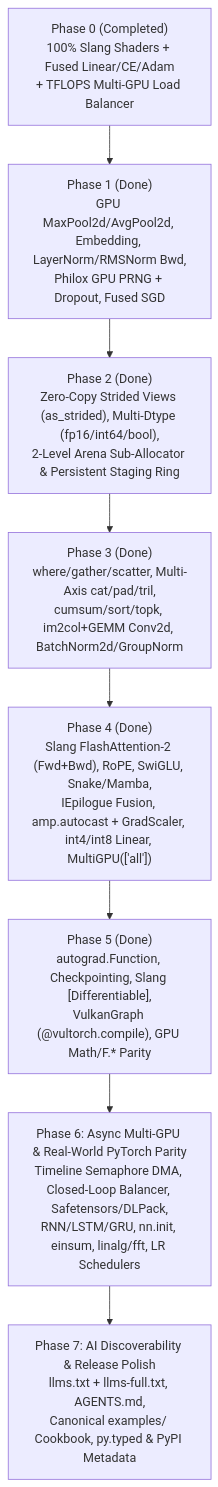
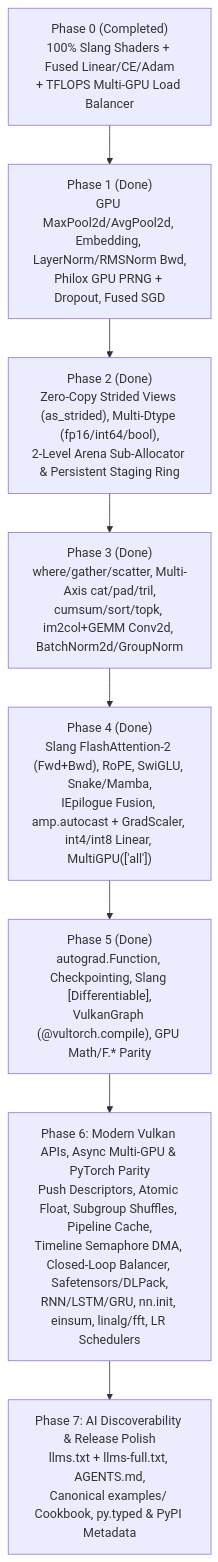
The diagram in IMPLEMENTATION.md (vinaybhargav/VulTorch), drawn with Mermaid before and after one commit. The commit also changed other lines of this file, not shown here.

Commit message:
docs: add Phase 6.0 modern Vulkan performance APIs to IMPLEMENTATION.md

````diff
--- a/IMPLEMENTATION.md
+++ b/IMPLEMENTATION.md
@@ -458,13 +486,13 @@
 ```mermaid
 flowchart TD
     P0["Phase 0 (Completed)<br/>100% Slang Shaders + Fused Linear/CE/Adam<br/>+ TFLOPS Multi-GPU Load Balancer"]
     P1["Phase 1 (Done)<br/>GPU MaxPool2d/AvgPool2d, Embedding, LayerNorm/RMSNorm Bwd,<br/>Philox GPU PRNG + Dropout, Fused SGD"]
     P2["Phase 2 (Done)<br/>Zero-Copy Strided Views (as_strided), Multi-Dtype (fp16/int64/bool),<br/>2-Level Arena Sub-Allocator & Persistent Staging Ring"]
     P3["Phase 3 (Done)<br/>where/gather/scatter, Multi-Axis cat/pad/tril,<br/>cumsum/sort/topk, im2col+GEMM Conv2d, BatchNorm2d/GroupNorm"]
     P4["Phase 4 (Done)<br/>Slang FlashAttention-2 (Fwd+Bwd), RoPE, SwiGLU, Snake/Mamba,<br/>IEpilogue Fusion, amp.autocast + GradScaler, int4/int8 Linear, MultiGPU(['all'])"]
     P5["Phase 5 (Done)<br/>autograd.Function, Checkpointing, Slang [Differentiable],<br/>VulkanGraph (@vultorch.compile), GPU Math/F.* Parity"]
-    P6["Phase 6: Async Multi-GPU & Real-World PyTorch Parity<br/>Timeline Semaphore DMA, Closed-Loop Balancer, Safetensors/DLPack,<br/>RNN/LSTM/GRU, nn.init, einsum, linalg/fft, LR Schedulers"]
+    P6["Phase 6: Modern Vulkan APIs, Async Multi-GPU & PyTorch Parity<br/>Push Descriptors, Atomic Float, Subgroup Shuffles, Pipeline Cache,<br/>Timeline Semaphore DMA, Closed-Loop Balancer, Safetensors/DLPack,<br/>RNN/LSTM/GRU, nn.init, einsum, linalg/fft, LR Schedulers"]
     P7["Phase 7: AI Discoverability & Release Polish<br/>llms.txt + llms-full.txt, AGENTS.md,<br/>Canonical examples/ Cookbook, py.typed & PyPI Metadata"]
 
     P0 --> P1 --> P2 --> P3 --> P4 --> P5 --> P6 --> P7
 ```
````
